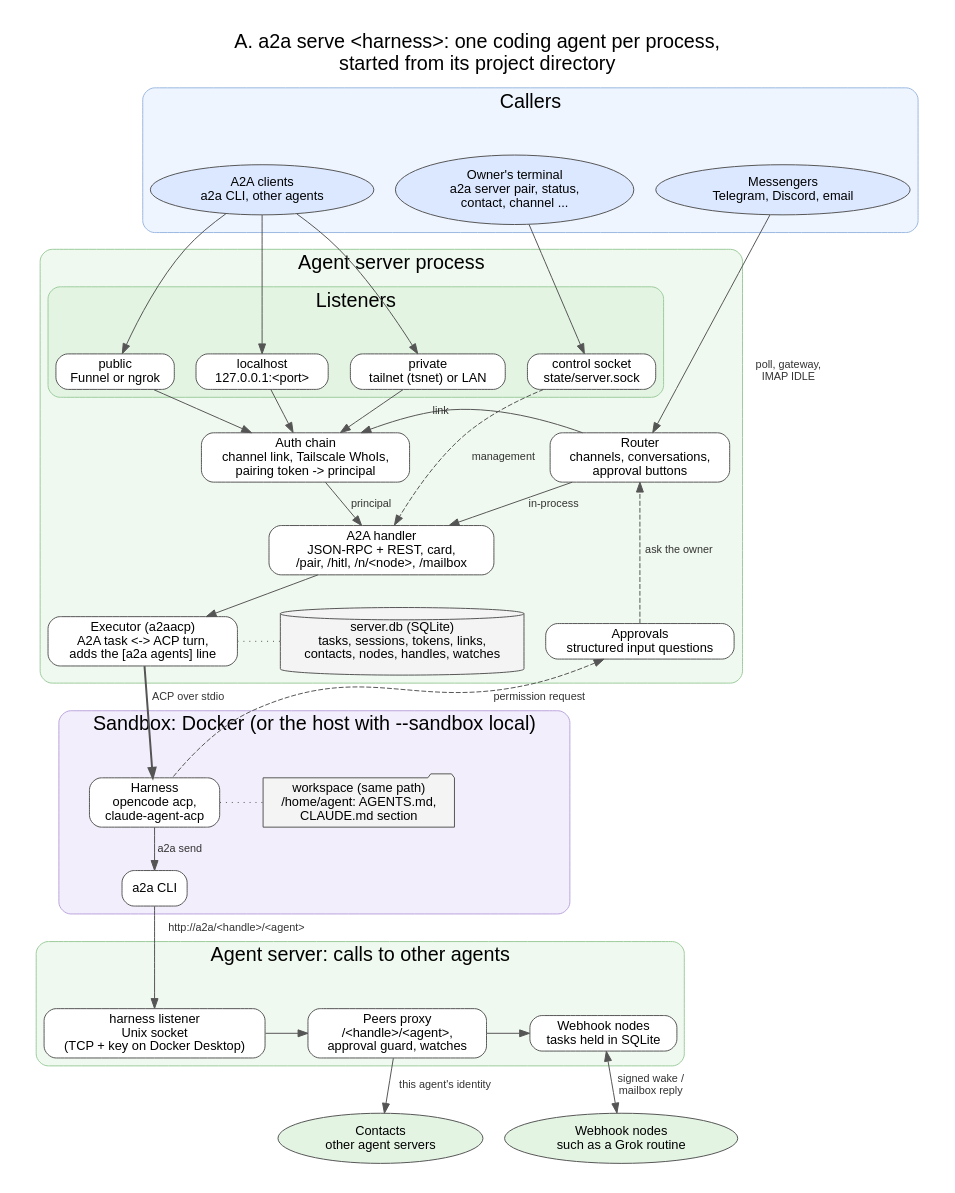
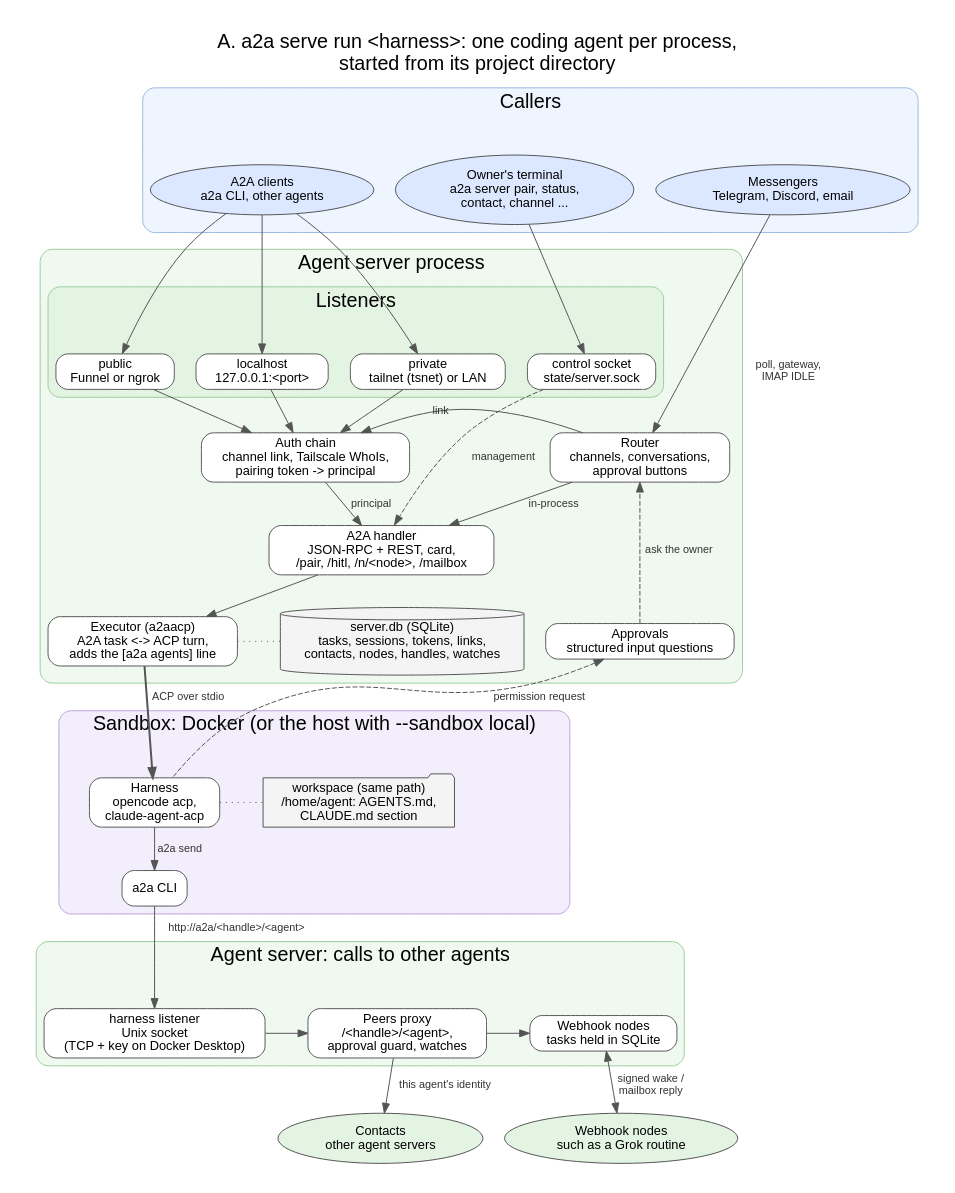
The diagram in docs/graphs/agent-server-overview.dot (a2aproject/a2a-serve), drawn with Graphviz before and after one commit. The commit also changed 52 other files, not shown here.

First line of the commit message:
feat!: start agents and test servers with a2a serve run

```diff
--- a/docs/graphs/agent-server-overview.dot
+++ b/docs/graphs/agent-server-overview.dot
@@ -1,86 +1,86 @@
 // A. Overview: who reaches the agent server, what runs inside it, and
 // where the harness runs. Top to bottom: callers, listeners, server core,
 // sandbox, calls to other agents.
 // Render: dot -Tpng -Gdpi=110 agent-server-overview.dot -o agent-server-overview.png
 digraph agent_server_overview {
   rankdir=TB;
   graph [fontname="Helvetica", nodesep=0.3, ranksep=0.45, pad=0.3, compound=true, newrank=true,
-         label="A. a2a serve <harness>: one coding agent per process,\nstarted from its project directory", labelloc=t, fontsize=20];
+         label="A. a2a serve run <harness>: one coding agent per process,\nstarted from its project directory", labelloc=t, fontsize=20];
   node  [fontname="Helvetica", fontsize=13, shape=box, style="rounded,filled", fillcolor="#ffffff", color="#555555"];
   edge  [fontname="Helvetica", fontsize=11, color="#555555", fontcolor="#333333"];
 
   subgraph cluster_callers {
     label="Callers"; style="rounded,filled"; fillcolor="#eef5ff"; color="#9bb7e0";
     { rank=same;
       Messenger [label="Messengers\nTelegram, Discord, email", shape=ellipse, fillcolor="#dbe8ff"];
       Client    [label="A2A clients\na2a CLI, other agents", shape=ellipse, fillcolor="#dbe8ff"];
       Owner     [label="Owner's terminal\na2a server pair, status,\ncontact, channel ...", shape=ellipse, fillcolor="#dbe8ff"];
     }
   }
 
   subgraph cluster_server {
     label="Agent server process"; style="rounded,filled"; fillcolor="#f0f9f0"; color="#9ccc9c";
     subgraph cluster_in {
       label="Listeners"; style="rounded,filled"; fillcolor="#e3f4e3"; color="#9ccc9c";
       { rank=same;
         Local   [label="localhost\n127.0.0.1:<port>"];
         Private [label="private\ntailnet (tsnet) or LAN"];
         Public  [label="public\nFunnel or ngrok"];
         Control [label="control socket\nstate/server.sock"];
       }
     }
     Router  [label="Router\nchannels, conversations,\napproval buttons"];
     Auth    [label="Auth chain\nchannel link, Tailscale WhoIs,\npairing token -> principal"];
     Handler [label="A2A handler\nJSON-RPC + REST, card,\n/pair, /hitl, /n/<node>, /mailbox"];
     Approvals [label="Approvals\nstructured input questions"];
     Exec    [label="Executor (a2aacp)\nA2A task <-> ACP turn,\nadds the [a2a agents] line"];
     DB      [label="server.db (SQLite)\ntasks, sessions, tokens, links,\ncontacts, nodes, handles, watches", shape=cylinder, fillcolor="#f4f4f4"];
   }
 
   subgraph cluster_sandbox {
     label="Sandbox: Docker (or the host with --sandbox local)"; style="rounded,filled"; fillcolor="#f3eefb"; color="#b9a4dd";
     { rank=same;
       Harness [label="Harness\nopencode acp,\nclaude-agent-acp"];
       Files   [label="workspace (same path)\n/home/agent: AGENTS.md,\nCLAUDE.md section", shape=folder, fillcolor="#f4f4f4"];
     }
     CLI [label="a2a CLI"];
   }
 
   subgraph cluster_out {
     label="Agent server: calls to other agents"; style="rounded,filled"; fillcolor="#f0f9f0"; color="#9ccc9c";
     { rank=same;
       HSock [label="harness listener\nUnix socket\n(TCP + key on Docker Desktop)"];
       Peers [label="Peers proxy\n/<handle>/<agent>,\napproval guard, watches"];
       Nodes [label="Webhook nodes\ntasks held in SQLite"];
     }
   }
 
   { rank=same;
     Remote  [label="Contacts\nother agent servers", shape=ellipse, fillcolor="#e3f4e3"];
     Webhook [label="Webhook nodes\nsuch as a Grok routine", shape=ellipse, fillcolor="#e3f4e3"];
   }
 
   { rank=same; Router; Auth; }
   { rank=same; Approvals; Exec; DB; }
 
   Messenger -> Router [label="poll, gateway,\nIMAP IDLE"];
   Client -> Local; Client -> Private; Client -> Public;
   Owner -> Control;
   Local -> Auth; Private -> Auth; Public -> Auth;
   Router -> Auth [label="link"];
   Router -> Handler [label="in-process"];
   Auth -> Handler [label="principal"];
   Control -> Handler [label="management", style=dashed];
   Handler -> Exec;
   Approvals -> Router [label="ask the owner", style=dashed];
   Exec -> DB [dir=none, style=dotted];
   Exec -> Harness [label="ACP over stdio", style=bold];
   Approvals -> Harness [label="permission request", style=dashed, dir=back];
   Harness -> Files [dir=none, style=dotted];
   Harness -> CLI [label="a2a send"];
   CLI -> HSock [label="http://a2a/<handle>/<agent>"];
   HSock -> Peers;
   Peers -> Nodes;
   Peers -> Remote [label="this agent's identity"];
   Nodes -> Webhook [label="signed wake /\nmailbox reply", dir=both];
 }
```
